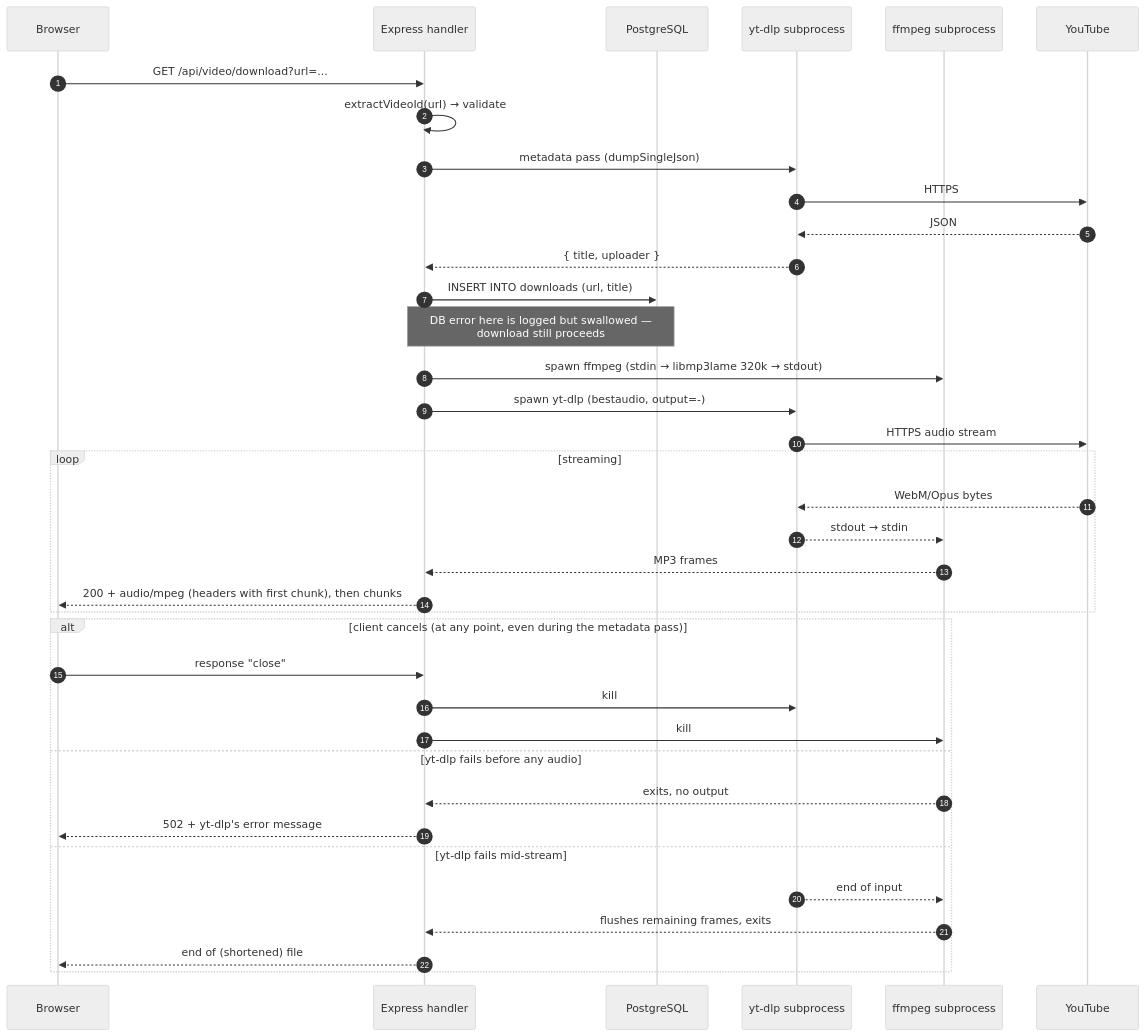
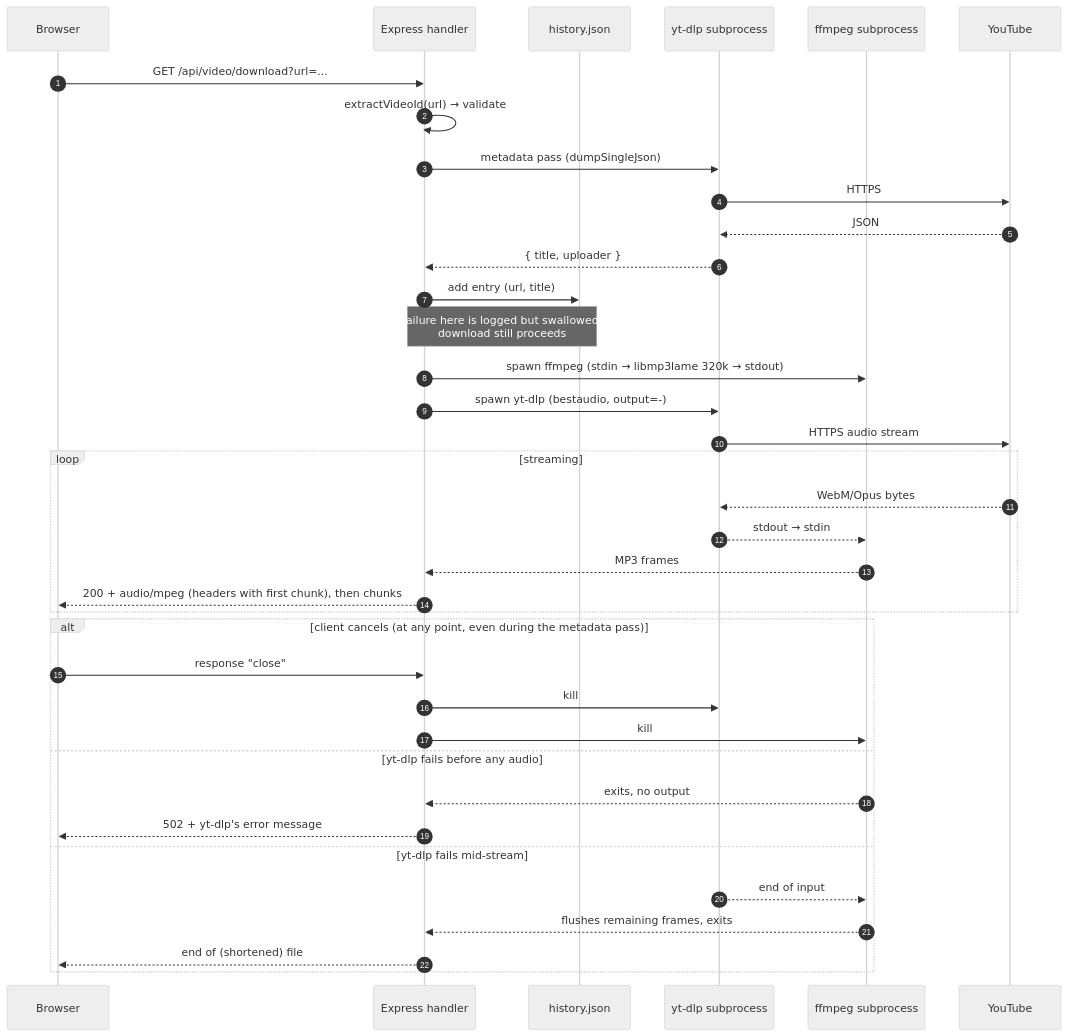
One commit to ShayanZafar/YTDownload changed the third of 4 diagrams in TECHNICAL.md. Above: the diagram before and after it, drawn with Mermaid (neutral theme). The commit also changed other lines of this file and 17 other files, not shown here.

First line of the commit message:
Replace Postgres with a JSON history file

````diff
--- a/TECHNICAL.md
+++ b/TECHNICAL.md
@@ -163,40 +160,40 @@
 ```mermaid
 sequenceDiagram
   autonumber
   participant C as Browser
   participant S as Express handler
-  participant DB as PostgreSQL
+  participant H as history.json
   participant Y as yt-dlp subprocess
   participant F as ffmpeg subprocess
   participant YT as YouTube
 
   C->>S: GET /api/video/download?url=...
   S->>S: extractVideoId(url) → validate
   S->>Y: metadata pass (dumpSingleJson)
   Y->>YT: HTTPS
   YT-->>Y: JSON
   Y-->>S: { title, uploader }
-  S->>DB: INSERT INTO downloads (url, title)
-  Note over S,DB: DB error here is logged but swallowed —<br/>download still proceeds
+  S->>H: add entry (url, title)
+  Note over S,H: A failure here is logged but swallowed —<br/>download still proceeds
   S->>F: spawn ffmpeg (stdin → libmp3lame 320k → stdout)
   S->>Y: spawn yt-dlp (bestaudio, output=-)
   Y->>YT: HTTPS audio stream
   loop streaming
     YT-->>Y: WebM/Opus bytes
     Y-->>F: stdout → stdin
     F-->>S: MP3 frames
     S-->>C: 200 + audio/mpeg (headers with first chunk), then chunks
   end
   alt client cancels (at any point, even during the metadata pass)
     C->>S: response "close"
     S->>Y: kill
     S->>F: kill
   else yt-dlp fails before any audio
     F-->>S: exits, no output
     S-->>C: 502 + yt-dlp's error message
   else yt-dlp fails mid-stream
     Y-->>F: end of input
     F-->>S: flushes remaining frames, exits
     S-->>C: end of (shortened) file
   end
 ```
````
